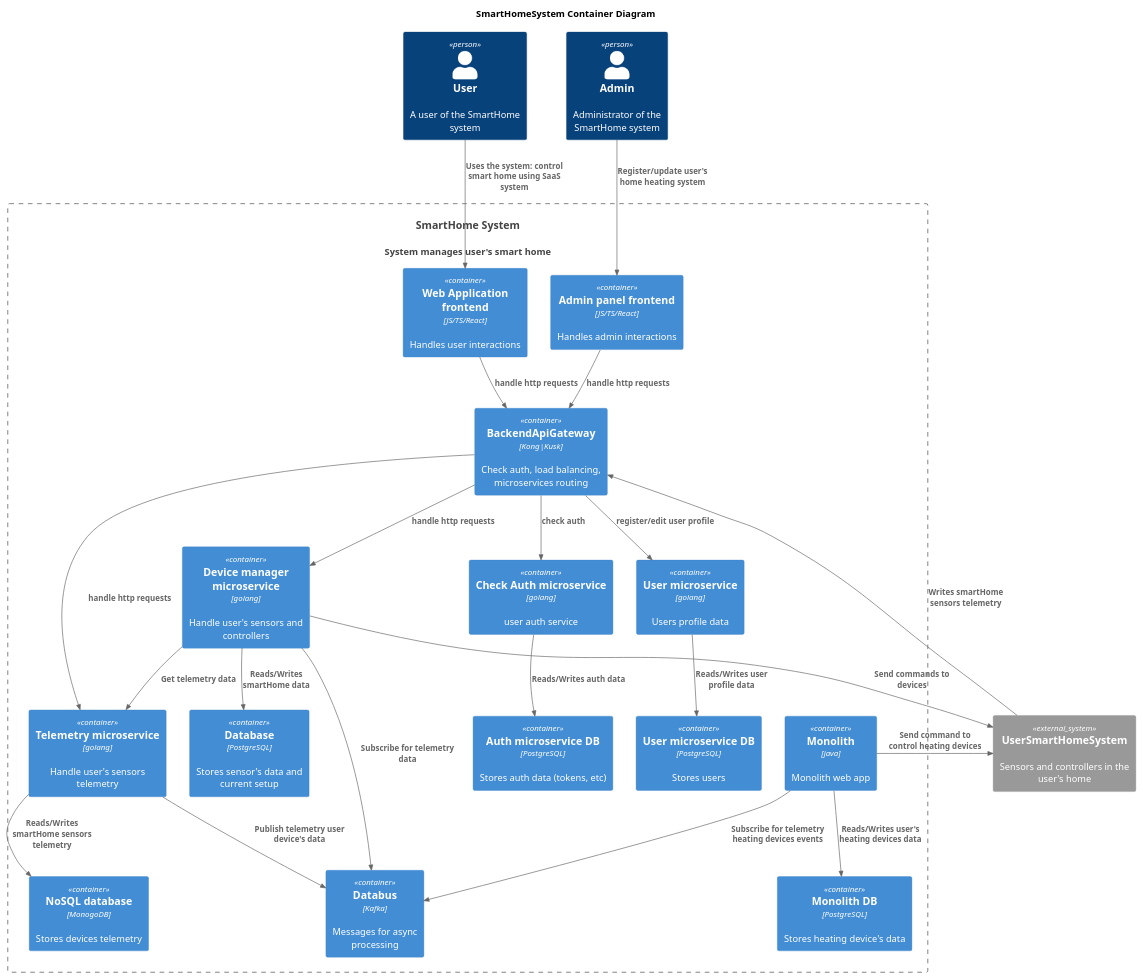
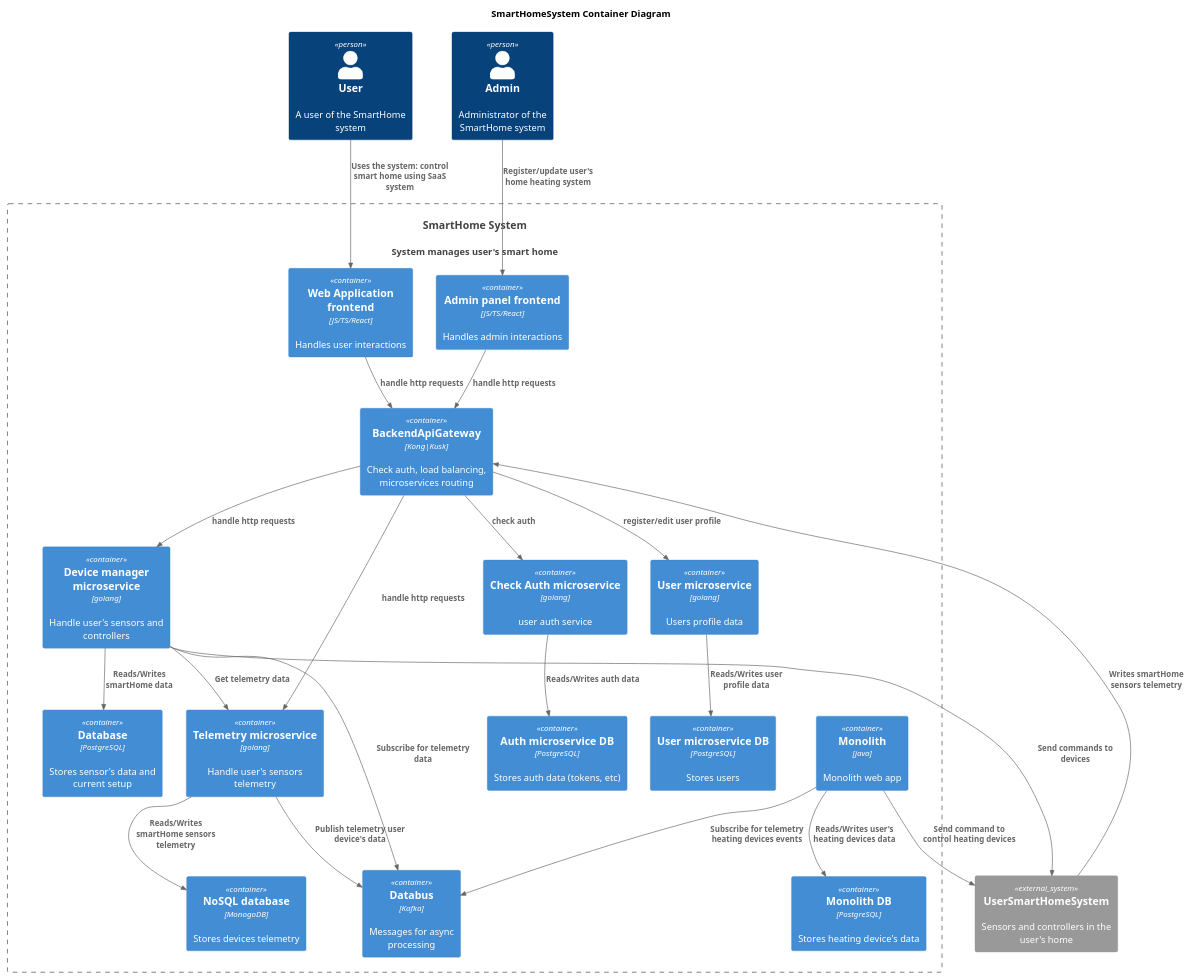
The diagram in docs/tobe/Container.puml (misikch/ya-practicum-arch-sprint-3), drawn with PlantUML before and after one commit.

Commit message:
added align

```diff
--- a/docs/tobe/Container.puml
+++ b/docs/tobe/Container.puml
@@ -1,69 +1,74 @@
 @startuml
 title SmartHomeSystem Container Diagram
 
 top to bottom direction
+
 
 !include ./C4_Container.puml
 
 Person(user, "User", "A user of the SmartHome system")
 Person(admin, "Admin", "Administrator of the SmartHome system")
 System(SmartHomeSystem, "SmartHome System", "System manages user's smart home")
 
 Container_Boundary(SmartHomeSystem, "SmartHome System") {
     Container(UserFrontend, "Web Application frontend", "JS/TS/React", "Handles user interactions")
     Container(AdminFrontend, "Admin panel frontend", "JS/TS/React", "Handles admin interactions")
     Container(ApiGateway, "BackendApiGateway", "Kong|Kusk", "Check auth, load balancing, microservices routing")
     Container(ApiGateway, "BackendApiGateway", "Kong|Kusk", "Check auth, load balancing, microservices routing")
 
     together {
         together {
             Container(DeviceManager, "Device manager microservice", "golang", "Handle user's sensors and controllers")
             Container(Database, "Database", "PostgreSQL", "Stores sensor's data and current setup")
         }
         together {
             Container(Telemetry, "Telemetry microservice", "golang", "Handle user's sensors telemetry")
             Container(DatabaseTelemetry, "NoSQL database", "MonogoDB", "Stores devices telemetry")
         }
     }
 
     together {
         Container(AuthService, "Check Auth microservice", "golang", "user auth service")
         Container(AuthServiceDatabase, "Auth microservice DB", "PostgreSQL", "Stores auth data (tokens, etc)")
     }
 
     together {
         Container(UserProfileService, "User microservice", "golang", "Users profile data")
         Container(UserProfileServiceDatabase, "User microservice DB", "PostgreSQL", "Stores users")
     }
 
         together {
             Container(Monolith, "Monolith", "java", "Monolith web app")
             Container(MonolithDatabase, "Monolith DB", "PostgreSQL", "Stores heating device's data")
         }
 
     Container(Databus, "Databus", "Kafka", "Messages for async processing")
 }
 
 System_Ext(usersHome, "UserSmartHomeSystem", "Sensors and controllers in the user's home")
 
 Rel(user, UserFrontend, "Uses the system: control smart home using SaaS system")
 Rel(admin, AdminFrontend,"Register/update user's home heating system")
 Rel(UserFrontend, ApiGateway, "handle http requests")
 Rel(AdminFrontend, ApiGateway, "handle http requests")
 Rel(ApiGateway, Telemetry, "handle http requests")
 Rel(ApiGateway, DeviceManager, "handle http requests")
 Rel(ApiGateway, AuthService, "check auth")
 Rel(ApiGateway, UserProfileService, "register/edit user profile")
 Rel(DeviceManager,Telemetry,"Get telemetry data")
 Rel(DeviceManager,Databus,"Subscribe for telemetry data")
 Rel(Telemetry,Databus,"Publish telemetry user device's data")
 Rel(DeviceManager,Database,"Reads/Writes smartHome data")
 Rel(Telemetry,DatabaseTelemetry,"Reads/Writes smartHome sensors telemetry")
 Rel(AuthService, AuthServiceDatabase, "Reads/Writes auth data")
 Rel(UserProfileService, UserProfileServiceDatabase, "Reads/Writes user profile data")
 Rel(Monolith, MonolithDatabase, "Reads/Writes user's heating devices data")
 Rel(Monolith, Databus, "Subscribe for telemetry heating devices events")
 Rel(Monolith, usersHome, "Send command to control heating devices")
 Rel(DeviceManager, usersHome, "Send commands to devices")
 Rel(usersHome,ApiGateway,"Writes smartHome sensors telemetry")
+
+Monolith -[hidden]down- usersHome
+DeviceManager -[hidden]right- Telemetry
+ApiGateway -[hidden]down- Telemetry
 @enduml
```
